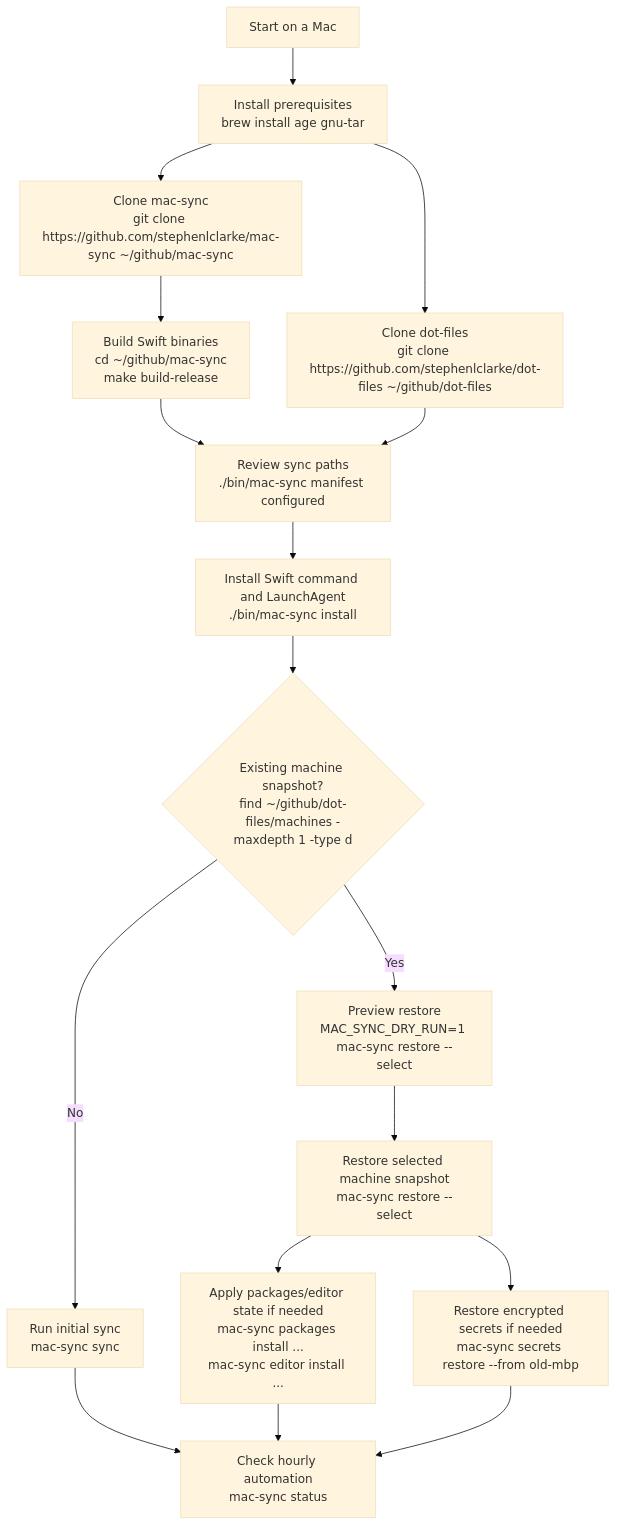
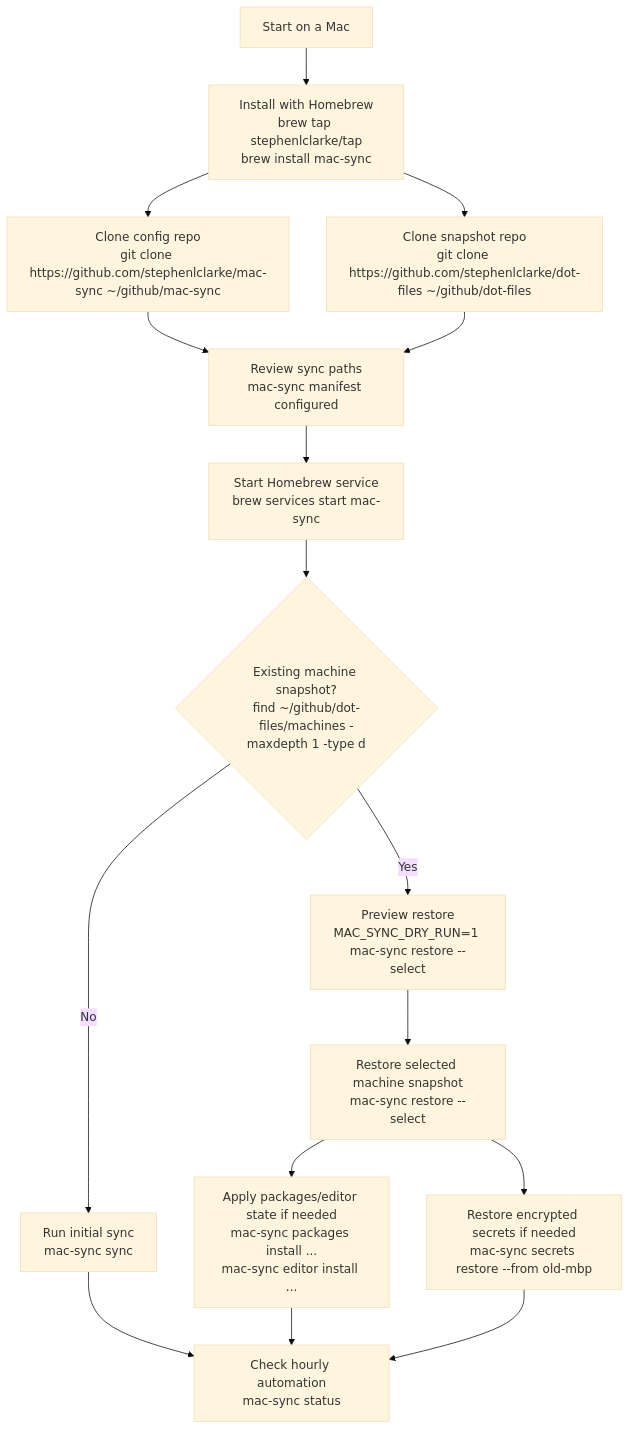
The first of 4 diagrams in WORKFLOW.md (stephenlclarke/mac-sync), drawn with Mermaid (base theme) before and after one commit. The commit also changed other lines of this file, not shown here.

Commit message:
docs: update Homebrew workflow

````diff
--- a/WORKFLOW.md
+++ b/WORKFLOW.md
@@ -22,19 +18,18 @@
 ```mermaid
 flowchart TD
-  A["Start on a Mac"] --> B["Install prerequisites<br/>brew install age gnu-tar"]
-  B --> C["Clone mac-sync<br/>git clone https://github.com/stephenlclarke/mac-sync ~/github/mac-sync"]
-  B --> D["Clone dot-files<br/>git clone https://github.com/stephenlclarke/dot-files ~/github/dot-files"]
-  C --> S["Build Swift binaries<br/>cd ~/github/mac-sync<br/>make build-release"]
-  S --> E["Review sync paths<br/>./bin/mac-sync manifest configured"]
+  A["Start on a Mac"] --> B["Install with Homebrew<br/>brew tap stephenlclarke/tap<br/>brew install mac-sync"]
+  B --> C["Clone config repo<br/>git clone https://github.com/stephenlclarke/mac-sync ~/github/mac-sync"]
+  B --> D["Clone snapshot repo<br/>git clone https://github.com/stephenlclarke/dot-files ~/github/dot-files"]
+  C --> E["Review sync paths<br/>mac-sync manifest configured"]
   D --> E
-  E --> F["Install Swift command and LaunchAgent<br/>./bin/mac-sync install"]
+  E --> F["Start Homebrew service<br/>brew services start mac-sync"]
   F --> G{"Existing machine snapshot?<br/>find ~/github/dot-files/machines -maxdepth 1 -type d"}
   G -- "No" --> H["Run initial sync<br/>mac-sync sync"]
   G -- "Yes" --> I["Preview restore<br/>MAC_SYNC_DRY_RUN=1 mac-sync restore --select"]
   I --> J["Restore selected machine snapshot<br/>mac-sync restore --select"]
   J --> K["Apply packages/editor state if needed<br/>mac-sync packages install ...<br/>mac-sync editor install ..."]
   J --> L["Restore encrypted secrets if needed<br/>mac-sync secrets restore --from old-mbp"]
   H --> M["Check hourly automation<br/>mac-sync status"]
   K --> M
   L --> M
 ```
````
